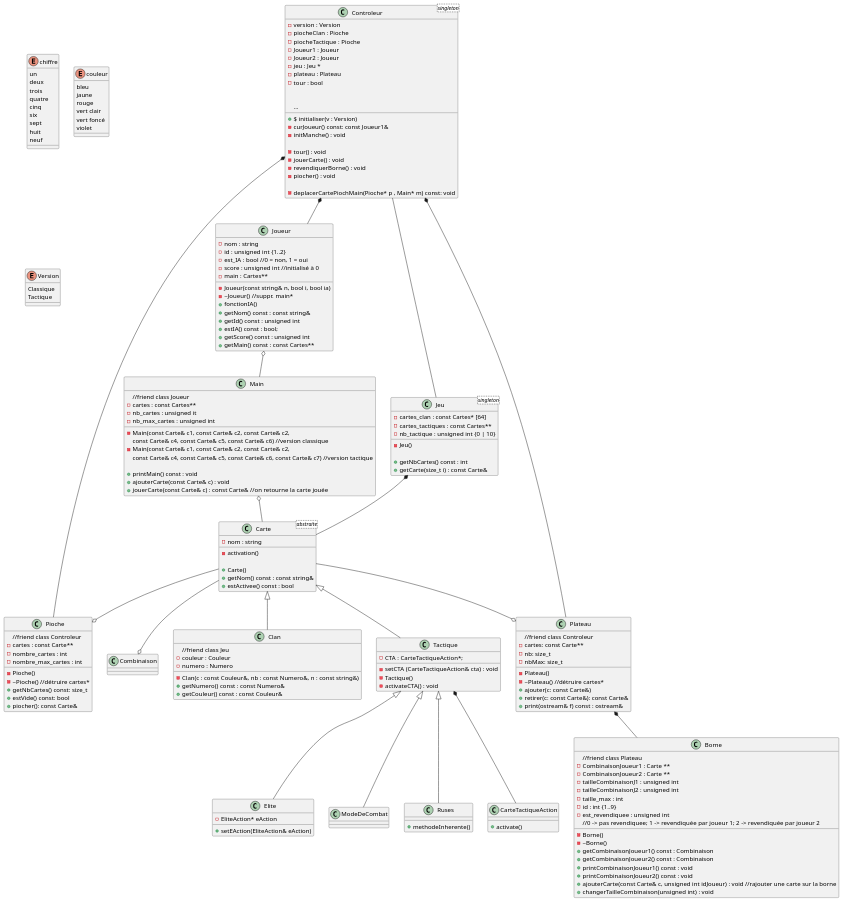
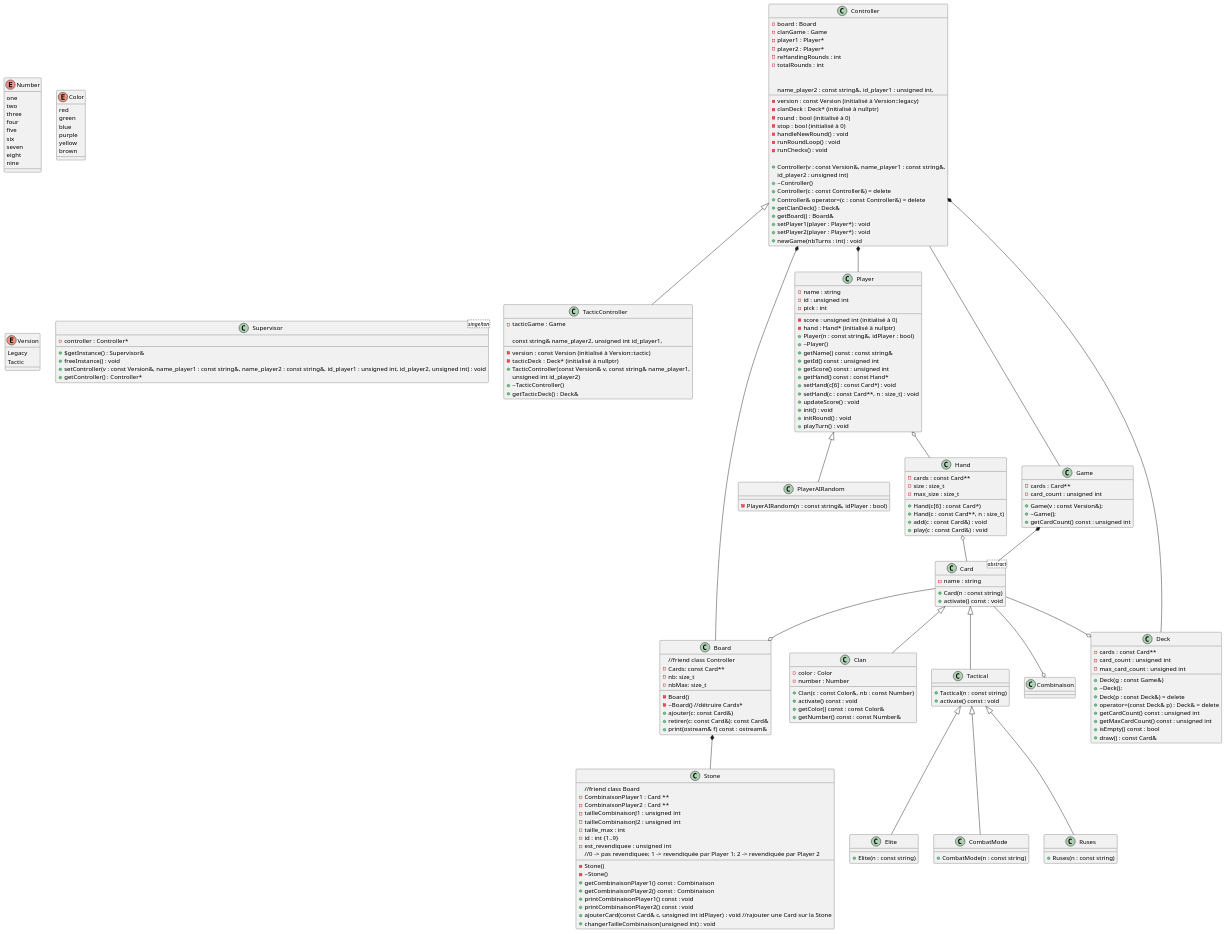
One commit to Ryustiel/LO21-Projet changed the diagram in uml.plantuml. Above: the diagram before and after it, drawn with PlantUML. The commit also changed 3 other files, not shown here.

Commit message:
Update UML + traduction code

```diff
--- a/uml.plantuml
+++ b/uml.plantuml
@@ -1,257 +1,254 @@
 @startuml Hello
 
-'Où gérer le tour de jeu ? -> Contrôleur ?
+'Où gérer le tour de Game ? -> Contrôleur ?
 'Parti pris : on ne peut pas changer de version du Schotten Totten entre les manches
-enum chiffre {
-    un
-    deux
-    trois
-    quatre
-    cinq
+enum Number {
+    one 
+    two
+    three
+    four
+    five
     six
-    sept
-    huit
-    neuf
+    seven
+    eight
+    nine
 }
 
-enum couleur {
-    bleu
-    jaune
-    rouge
-    vert clair
-    vert foncé
-    violet
+enum Color {
+    red
+    green
+    blue
+    purple
+    yellow
+    brown
 }
 
 enum Version {
-    Classique
-    Tactique
+    Legacy
+    Tactic
 }
+
+class Supervisor <singelton> {
+    - controller : Controller* 
+
+    + $getInstance() : Supervisor& 
+    + freeInstance() : void
+    + setController(v : const Version&, name_player1 : const string&, name_player2 : const string&, id_player1 : unsigned int, id_player2, unsigned int) : void
+    + getController() : Controller*
+}
+
+class Controller {
+    - version : const Version (initialisé à Version::legacy)
+	- clanDeck : Deck* (initialisé à nullptr)
+	- board : Board
+	- clanGame : Game
+	- player1 : Player*
+	- player2 : Player*
+	- round : bool (initialisé à 0)
+    - stop : bool (initialisé à 0)
+    - reHandingRounds : int
+    - totalRounds : int
+
+    - handleNewRound() : void
+    - runRoundLoop() : void
+    - runChecks() : void
+
+    + Controller(v : const Version&, name_player1 : const string&,
+        name_player2 : const string&, id_player1 : unsigned int,
+        id_player2 : unsigned int)
+    + ~Controller()
+    + Controller(c : const Controller&) = delete
+	+ Controller& operator=(c : const Controller&) = delete
+    + getClanDeck() : Deck&
+  	+ getBoard() : Board&
+    + setPlayer1(player : Player*) : void
+    + setPlayer2(player : Player*) : void
+    + newGame(nbTurns : int) : void
+}
+
+class TacticController {
+    - version : const Version (initialisé à Version::tactic)
+	- tacticDeck : Deck* (initialisé à  nullptr)
+	- tacticGame : Game
+
+    + TacticController(const Version& v, const string& name_player1,
+        const string& name_player2, unsigned int id_player1,
+        unsigned int id_player2)
+    + ~TacticController()
+    + getTacticDeck() : Deck&
+}
+
+class Player {
+    - name : string
+    - id : unsigned int
+    - score : unsigned int (initialisé à 0)
+    - hand : Hand* (initialisé à nullptr)
+    - pick : int
+
+    + Player(n : const string&, idPlayer : bool)
+    + ~Player()
+    + getName() const : const string& 
+    + getId() const : unsigned int
+    + getScore() const : unsigned int
+    + getHand() const : const Hand*
+    + setHand(c[6] : const Card*) : void
+    + setHand(c : const Card**, n : size_t) : void
+    + updateScore() : void
+    + init() : void
+    + initRound() : void
+    + playTurn() : void
+}
+
+class PlayerAIRandom {
+    - PlayerAIRandom(n : const string&, idPlayer : bool)
+}
+
+class Card <abstract> {
+    - name : string
+
+    + Card(n : const string)
+    + activate() const : void
+}
+
+class Clan {
+    - color : Color
+	- number : Number
+
+    + Clan(c : const Color&, nb : const Number)
+    + activate() const : void
+    + getColor() const : const Color&
+    + getNumber() const : const Number&
+}
+
+class Tactical {
+    + Tactical(n : const string)
+    + activate() const : void
+}
+
+class Elite {
+    + Elite(n : const string)
+}
+
+class CombatMode {
+    + CombatMode(n : const string)
+}
+
+class Ruses {
+    + Ruses(n : const string)
+}
+
+class Hand {
+	- cards : const Card**
+	- size : size_t
+	- max_size : size_t
+
+    + Hand(c[6] : const Card*)
+    + Hand(c : const Card**, n : size_t)
+    + add(c : const Card&) : void
+    + play(c : const Card&) : void
+}
+
+class Game {
+    - cards : Card**
+    - card_count : unsigned int
+
+    + Game(v : const Version&);
+	+ ~Game();
+	+ getCardCount() const : unsigned int
+}
+
+class Deck {
+    - cards : const Card**
+    - card_count : unsigned int
+	- max_card_count : unsigned int
+
+    + Deck(g : const Game&)
+    + ~Deck();
+	+ Deck(p : const Deck&) = delete
+	+ operator=(const Deck& p) : Deck& = delete
+	+ getCardCount() const : unsigned int
+    + getMaxCardCount() const : unsigned int
+    + isEmpty() const : bool
+    + draw() : const Card&
+}
+
+
+' À CORRIGER À PARTIR D'ICI
 
 'tous les enfants auront la méthode activation
 'activation() est une abstraction
-class Carte <abstraite> {
-    - nom : string
 
-    - activation()
-
-    + Carte()
-    + getNom() const : const string&
-    + estActivee() const : bool
-}
-
-class Clan {
-    //friend class Jeu
-    - couleur : Couleur
-    - numero : Numero
-
-    - Clan(c : const Couleur&, nb : const Numero&, n : const string&)
-    + getNumero() const : const Numero&
-    + getCouleur() const : const Couleur&
-}
-
-class CarteTactiqueAction{
-    +activate()
-}
-
-class Tactique {
-    - CTA : CarteTactiqueAction*;
-    - setCTA (CarteTactiqueAction& cta) : void
-    - Tactique()
-    - activateCTA() : void
-
-}
-
-class Jeu <singleton> {
-    - cartes_clan : const Cartes* [64]
-    - cartes_tactiques : const Cartes**
-    - nb_tactique : unsigned int {0 | 10}
-
-    - Jeu()
-
-    + getNbCartes() const : int
-    + getCarte(size_t i) : const Carte&
-}
-
-class Pioche {
-    //friend class Controleur
-    - cartes : const Carte**
-    - nombre_cartes : int
-    - nombre_max_cartes : int
-
-    - Pioche()
-    - ~Pioche() //détruire cartes*
-    + getNbCartes() const: size_t
-    + estVide() const: bool
-    + piocher(): const Carte&
-}
-
-class Controleur <singleton> {
-    - version : Version
-    - piocheClan : Pioche
-    - piocheTactique : Pioche
-    - Joueur1 : Joueur
-    - Joueur2 : Joueur
-    - jeu : Jeu *
-    - plateau : Plateau
-    - tour : bool
-    +$ initialiser(v : Version)
-    - curJoueur() const: const Joueur1&
-    - initManche() : void
-
-    'Action du jeu
-    - tour() : void
-    - jouerCarte() : void
-    - revendiquerBorne() : void
-    - piocher() : void
-
-    'Méthodes générales
-    - deplacerCartePiochMain(Pioche* p , Main* m) const: void
-    ...
-
-}
-
-class Plateau {
-    //friend class Controleur
-    - cartes: const Carte**
+class Board {
+    //friend class Controller
+    - Cards: const Card**
     - nb: size_t
     - nbMax: size_t
 
-    - Plateau()
-    - ~Plateau() //détruire cartes*
-    + ajouter(c: const Carte&)
-    + retirer(c: const Carte&): const Carte&
+    - Board()
+    - ~Board() //détruire Cards*
+    + ajouter(c: const Card&)
+    + retirer(c: const Card&): const Card&
     + print(ostream& f) const : ostream&
 }
 
-class Borne {
-    //friend class Plateau
-    - CombinaisonJoueur1 : Carte **
-    - CombinaisonJoueur2 : Carte **
+class Stone {
+    //friend class Board
+    - CombinaisonPlayer1 : Card **
+    - CombinaisonPlayer2 : Card **
     - tailleCombinaisonJ1 : unsigned int
     - tailleCombinaisonJ2 : unsigned int
     - taille_max : int
     - id : int {1..9} 
     - est_revendiquee : unsigned int
-    //0 -> pas revendiquee; 1 -> revendiquée par joueur 1; 2 -> revendiquée par joueur 2
+    //0 -> pas revendiquee; 1 -> revendiquée par Player 1; 2 -> revendiquée par Player 2
 
-    - Borne()
-    - ~Borne()
-    + getCombinaisonJoueur1() const : Combinaison
-    + getCombinaisonJoueur2() const : Combinaison
-    + printCombinaisonJoueur1() const : void
-    + printCombinaisonJoueur2() const : void
-    + ajouterCarte(const Carte& c, unsigned int idJoueur) : void //rajouter une carte sur la borne
+    - Stone()
+    - ~Stone()
+    + getCombinaisonPlayer1() const : Combinaison
+    + getCombinaisonPlayer2() const : Combinaison
+    + printCombinaisonPlayer1() const : void
+    + printCombinaisonPlayer2() const : void
+    + ajouterCard(const Card& c, unsigned int idPlayer) : void //rajouter une Card sur la Stone
     + changerTailleCombinaison(unsigned int) : void
 
-    'Ou : CombinaisonJoueur1 : Carte** // CombinaisonJoueur2 : Carte**  (?)
-}
-
-'supprimer combinaison ? 
-'comment faire en sorte que la combi (avec ou non une carte Tactique apposée sur la borne)
-'s'évalue correctement ?
-'class Combinaison {
-'    //friend class Borne
-'    - cartes : const Cartes*[3]
-'
-'    - Combinaison()
-'    - ~Combinaison()
-'    + getCarte1() const : const Carte&
-'    + getCarte2() const : const Carte&
-'    + getCarte3() const : const Carte&
-'    + operator<<(const Carte& c) : void
-'    + printCombinaison() const : void
-'}
-
-class Main {
-    //friend class Joueur
-    - cartes : const Cartes**
-    - nb_cartes : unsigned it
-    - nb_max_cartes : unsigned int
-    
-    -Main(const Carte& c1, const Carte& c2, const Carte& c2,
-            const Carte& c4, const Carte& c5, const Carte& c6) //version classique
-    - Main(const Carte& c1, const Carte& c2, const Carte& c2,
-            const Carte& c4, const Carte& c5, const Carte& c6, const Carte& c7) //version tactique
-    'Comment gérer le fait que ce sont uniquement des cartes Clan au début
-    'mais peu importe ensuite ?
-
-    + printMain() const : void
-    + ajouterCarte(const Carte& c) : void
-    + jouerCarte(const Carte& c) : const Carte& //on retourne la carte jouée
-
-}
-
-'Fusionner Joueur et Main ? 
-class Joueur {
-    - nom : string
-    - id : unsigned int {1..2}
-    - est_IA : bool //0 = non, 1 = oui
-    'détermine si le Joueur est une IA ou non
-    - score : unsigned int //initialisé à 0
-    - main : Cartes**
-
-
-    - Joueur(const string& n, bool i, bool ia)
-    - ~Joueur() //suppr. main*
-    + fonctionIA()
-    + getNom() const : const string&
-    + getId() const : unsigned int
-    + estIA() const : bool;
-    + getScore() const : unsigned int
-    + getMain() const : const Cartes**
+    'Ou : CombinaisonPlayer1 : Card** // CombinaisonPlayer2 : Card**  (?)
 }
 
 
 
-class Elite {
-    -EliteAction* eAction
-    + setEAction(EliteAction& eAction)
-
-}
-
-class ModeDeCombat {
-
-}
 
 
-class Ruses {
-    'Les cartes ruses, à la fin de leur utilisation, vont ds la défausse
-    + methodeInherente()
-}
+''' HERITAGES '''
+Controller <|-- TacticController
+
+Player <|-- PlayerAIRandom
+
+Card <|-- Clan
+Card <|-- Tactical
+
+Tactical <|-- Elite
+Tactical <|-- CombatMode
+Tactical <|-- Ruses
 
 
-
-'Composition Plateau / Borne
-'-> permet de réinitialiser le jeu à la fin/ au début de chaque manche
-Carte <|-- Clan
-Carte <|-- Tactique
-
-Tactique <|-- Elite
-Tactique <|-- ModeDeCombat
-Tactique <|-- Ruses
-Tactique *-- CarteTactiqueAction
+''' RELATIONS '''
+Game *-- Card
+Board *-- Stone
 
 
+Card --o Deck
+Card --o Board
+Card --o Combinaison
 
-Jeu *-- Carte
-Plateau *-- Borne
+Player o-- Hand
 
-'Borne *--Combinaison
-
-Carte --o Pioche
-Carte --o Plateau
-Carte --o Combinaison
-
-Joueur o-- Main
-
-Main o-- Carte
+Hand o-- Card
 
 
-Controleur *-- Plateau
-Controleur *-- Pioche
-Controleur *-- Joueur
-Controleur -- Jeu
+Controller *-- Board
+Controller *-- Deck
+Controller *-- Player
+Controller -- Game
 
 
 @enduml
```
